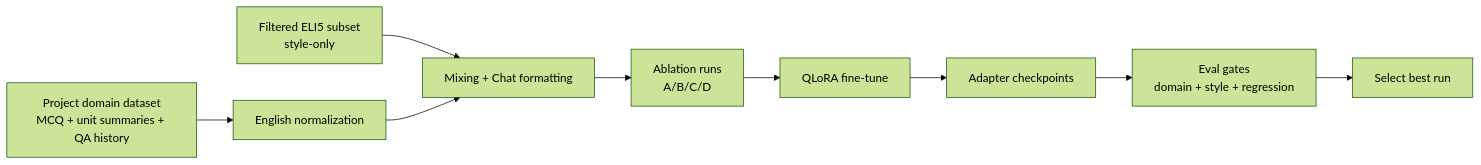
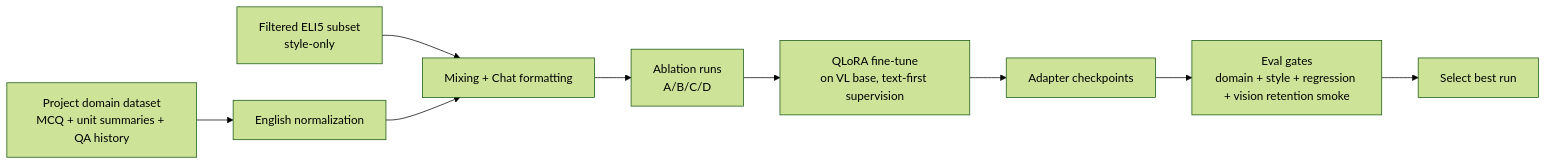
The diagram in fine-tune-chatbot/PIPELINE.md (luannnguyenai/team49-backup), drawn with Mermaid (forest theme) before and after one commit. The commit also changed other lines of this file, not shown here.

````diff
--- a/fine-tune-chatbot/PIPELINE.md
+++ b/fine-tune-chatbot/PIPELINE.md
@@ -9,11 +9,11 @@
 ```mermaid
 flowchart LR
     A[Project domain dataset<br/>MCQ + unit summaries + QA history] --> B[English normalization]
     E[Filtered ELI5 subset<br/>style-only] --> C[Mixing + Chat formatting]
     B --> C
     C --> D[Ablation runs<br/>A/B/C/D]
-    D --> F[QLoRA fine-tune]
+    D --> F[QLoRA fine-tune<br/>on VL base, text-first supervision]
     F --> G[Adapter checkpoints]
-    G --> H[Eval gates<br/>domain + style + regression]
+    G --> H[Eval gates<br/>domain + style + regression + vision retention smoke]
     H --> I[Select best run]
 ```
````
